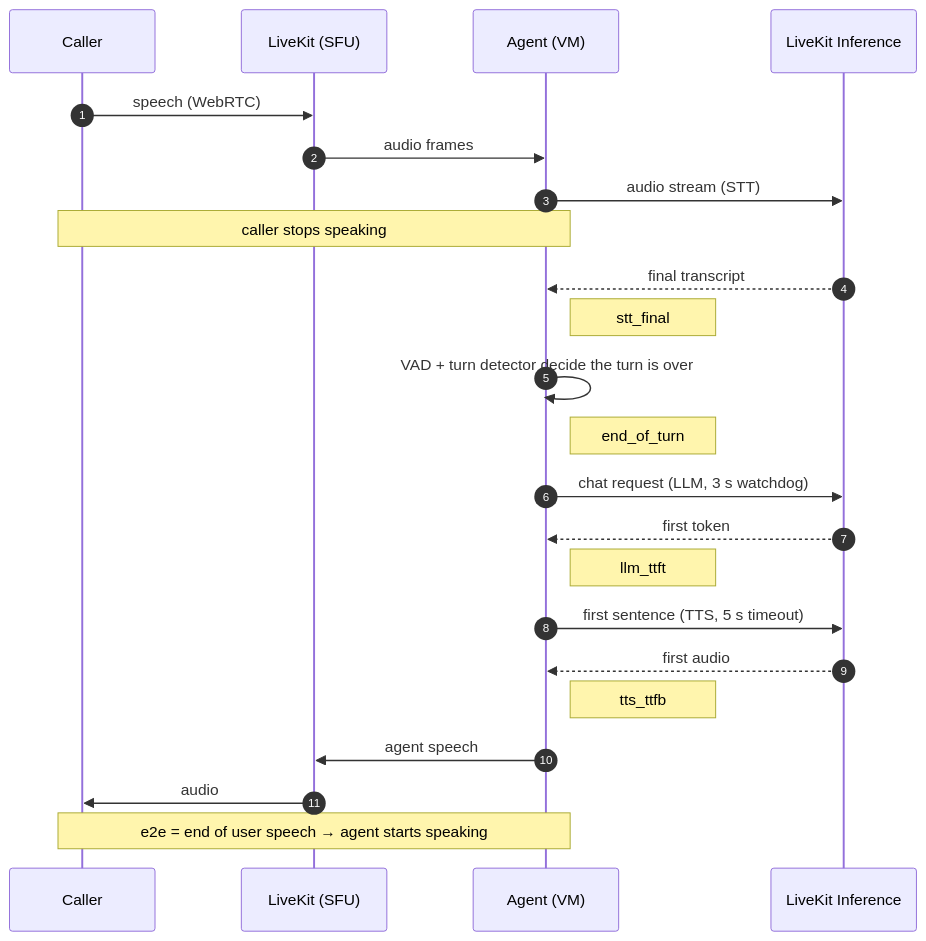
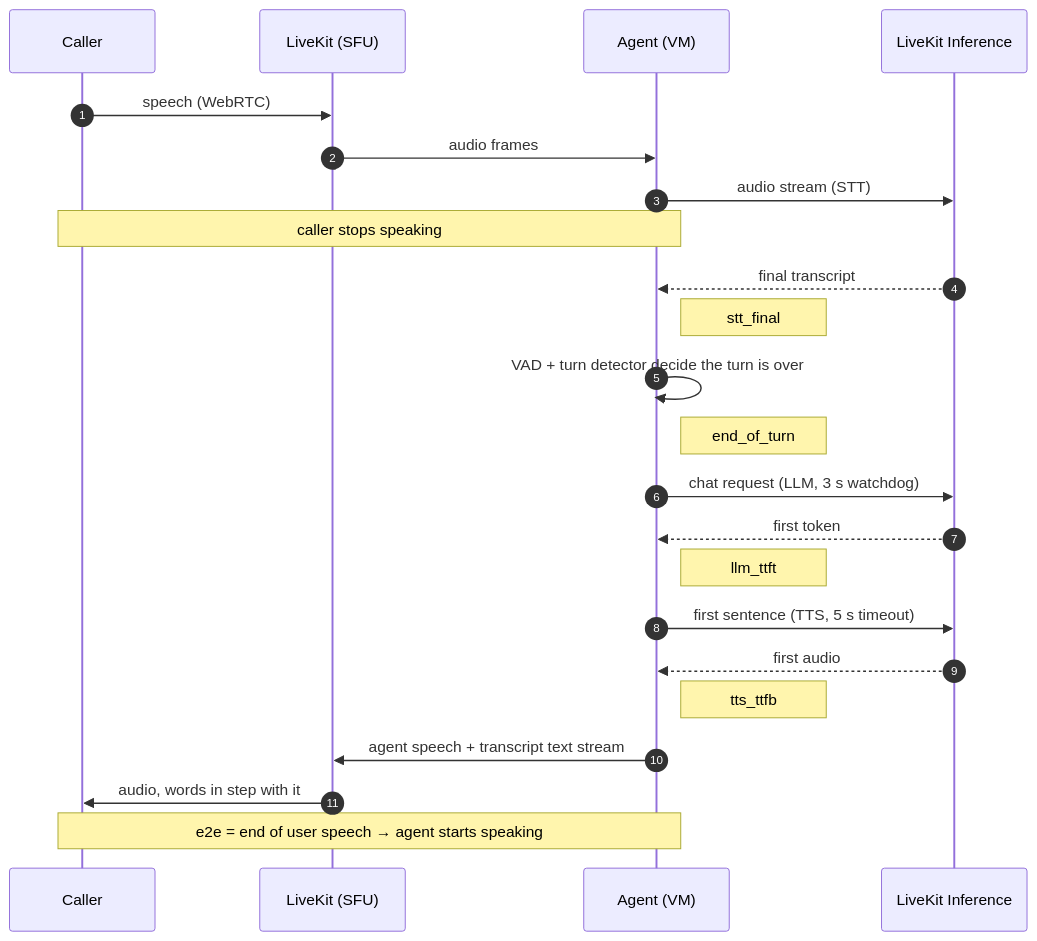
Before and after one commit to esakrissa/mini-kulu-real-time: the second of 3 diagrams in docs/architecture.md, drawn with Mermaid. The commit also changed other lines of this file and 6 other files, not shown here.

First line of the commit message:
Docs for the hosted client: domain link, new call screenshots, current architecture

````diff
--- a/docs/architecture.md
+++ b/docs/architecture.md
@@ -54,26 +65,26 @@
 ```mermaid
 sequenceDiagram
     autonumber
     participant U as Caller
     participant LK as LiveKit (SFU)
     participant A as Agent (VM)
     participant I as LiveKit Inference
 
     U->>LK: speech (WebRTC)
     LK->>A: audio frames
     A->>I: audio stream (STT)
     Note over U,A: caller stops speaking
     I-->>A: final transcript
     Note right of A: stt_final
     A->>A: VAD + turn detector decide the turn is over
     Note right of A: end_of_turn
     A->>I: chat request (LLM, 3 s watchdog)
     I-->>A: first token
     Note right of A: llm_ttft
     A->>I: first sentence (TTS, 5 s timeout)
     I-->>A: first audio
     Note right of A: tts_ttfb
-    A->>LK: agent speech
-    LK->>U: audio
+    A->>LK: agent speech + transcript text stream
+    LK->>U: audio, words in step with it
     Note over U,A: e2e = end of user speech → agent starts speaking
 ```
````
